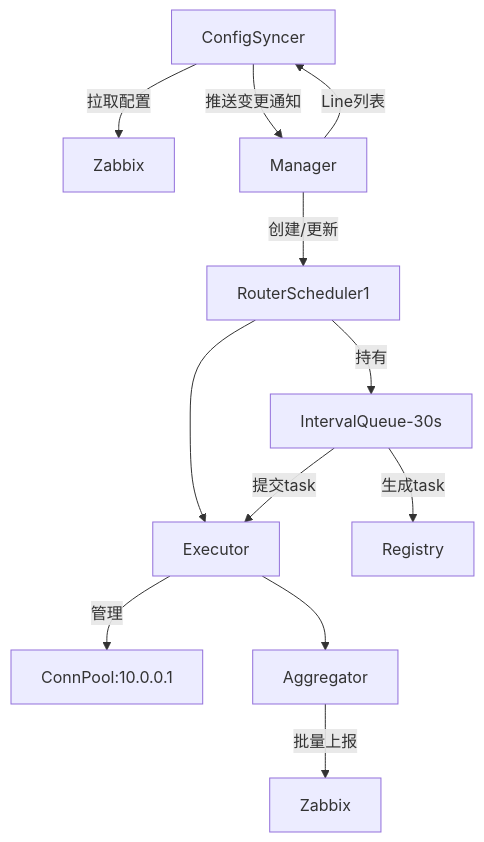
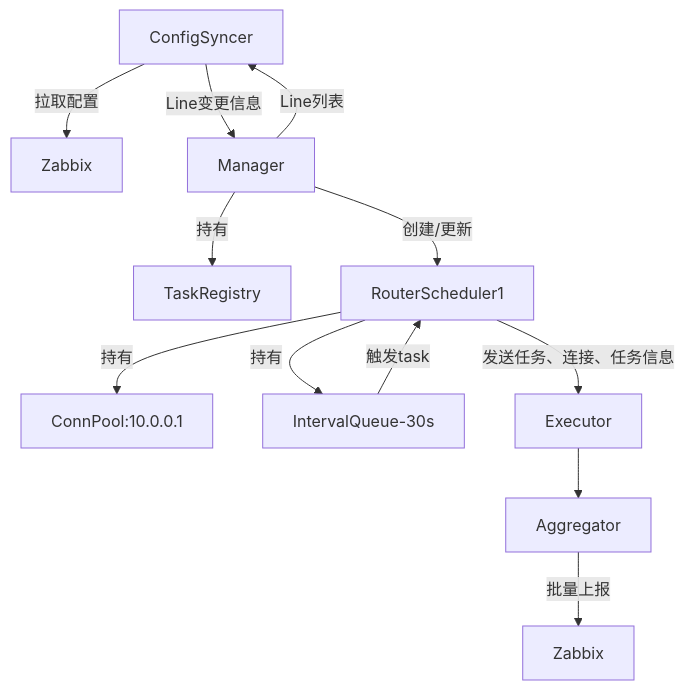
One commit to charlesren/zabbix_ddl_monitor changed the first of 4 diagrams in spec/line_monitoring/design.md. Above: the diagram before and after it, drawn with Mermaid. The commit also changed other lines of this file and 21 other files, not shown here.

````diff
--- a/spec/line_monitoring/design.md
+++ b/spec/line_monitoring/design.md
@@ -11,14 +11,14 @@
 ```mermaid
 graph TD
     A[ConfigSyncer] -->|拉取配置| B[Zabbix]
     C[Manager] -->|Line列表| A
-    A -->|推送变更通知| C
+     C[Manager] -->|持有| E[TaskRegistry]
+    A -->|Line变更信息| C
     C -->|创建/更新| D[RouterScheduler1]
+     D -->|持有| L[ConnPool:10.0.0.1]
     D -->|持有| F[IntervalQueue-30s]
-    D --> J[Executor]
-    J -->|管理| L[ConnPool:10.0.0.1]
-    F -->|生成task| N[Registry]
-    F -->|提交task| J
-    J --> O[Aggregator]
+       F -->|触发task| D[RouterScheduler1]
+      D -->|发送任务、连接、任务信息| J[Executor]
+       J --> O[Aggregator]
     O -->|批量上报| P[Zabbix]
 ```
````
